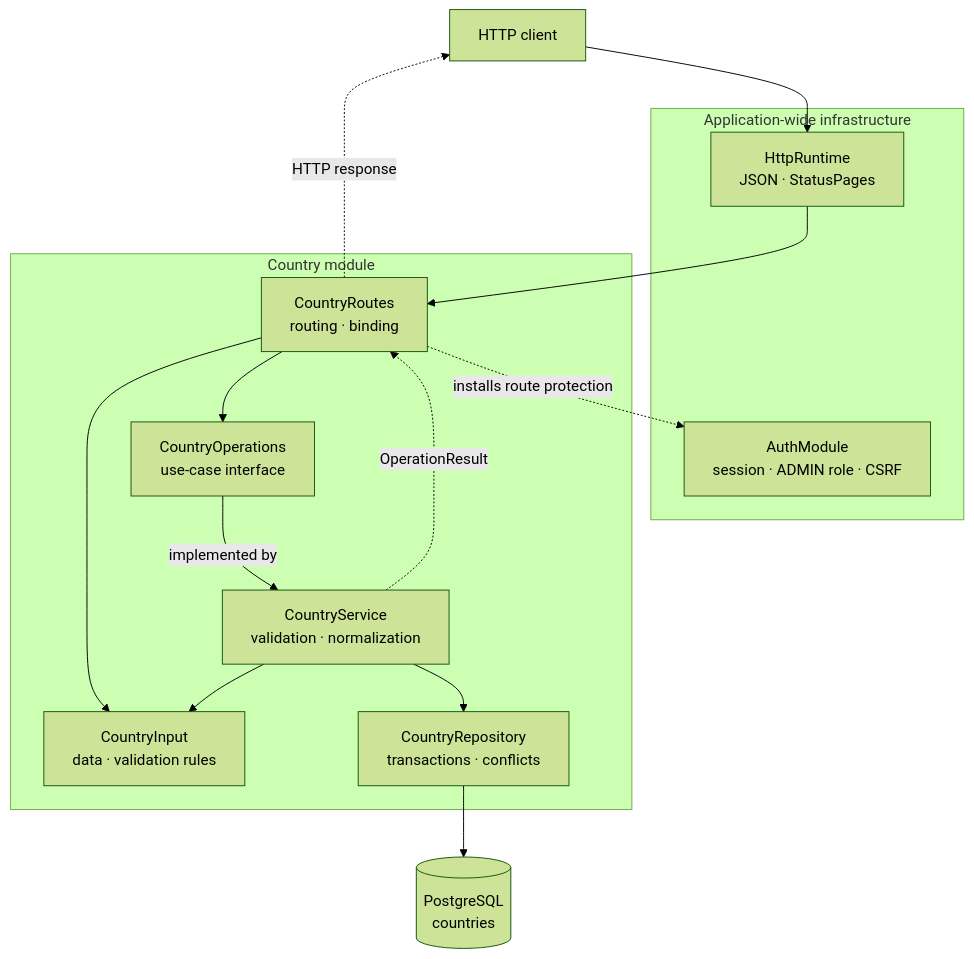
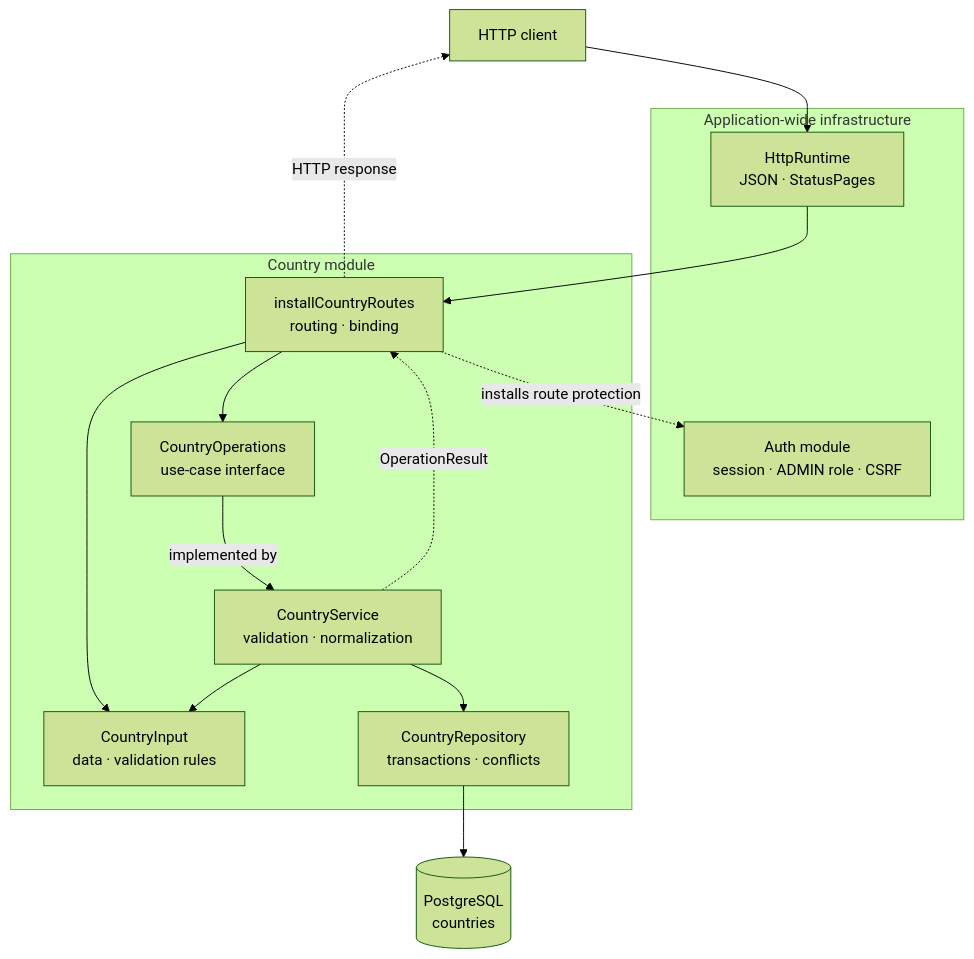
Before and after one commit to bitstorm-tech/voenix-shop-kotlin: the diagram in docs/dev/backend/country-package.md, drawn with Mermaid (forest theme). The commit also changed other lines of this file and 94 other files, not shown here.

````diff
--- a/docs/dev/backend/country-package.md
+++ b/docs/dev/backend/country-package.md
@@ -28,31 +28,31 @@
 ```mermaid
 flowchart TB
     Client["HTTP client"]
 
     subgraph Shared["Application-wide infrastructure"]
         Http["HttpRuntime<br/>JSON · StatusPages"]
-        Auth["AuthModule<br/>session · ADMIN role · CSRF"]
+        Auth["Auth module<br/>session · ADMIN role · CSRF"]
     end
 
     subgraph Country["Country module"]
-        Routes["CountryRoutes<br/>routing · binding"]
+        Routes["installCountryRoutes<br/>routing · binding"]
         Input["CountryInput<br/>data · validation rules"]
         Operations["CountryOperations<br/>use-case interface"]
         Service["CountryService<br/>validation · normalization"]
         Repository["CountryRepository<br/>transactions · conflicts"]
     end
 
     Database[("PostgreSQL<br/>countries")]
 
     Client --> Http
     Http --> Routes
     Routes -.->|"installs route protection"| Auth
     Routes --> Input
     Routes --> Operations
     Operations -->|"implemented by"| Service
     Service --> Input
     Service --> Repository
     Repository --> Database
     Service -.->|"OperationResult"| Routes
     Routes -.->|"HTTP response"| Client
 ```
````
